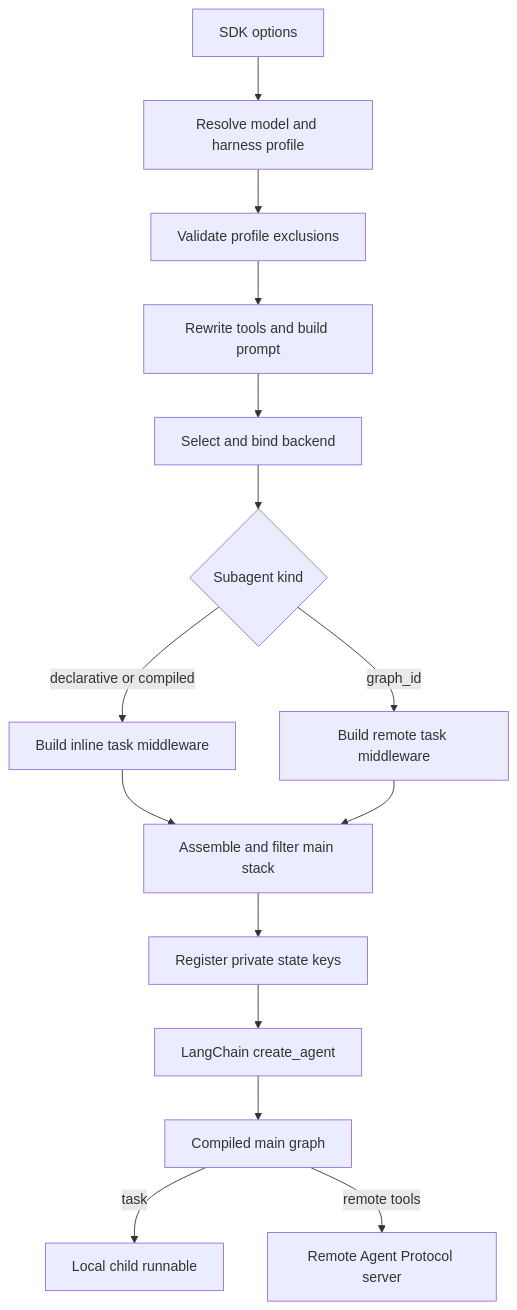
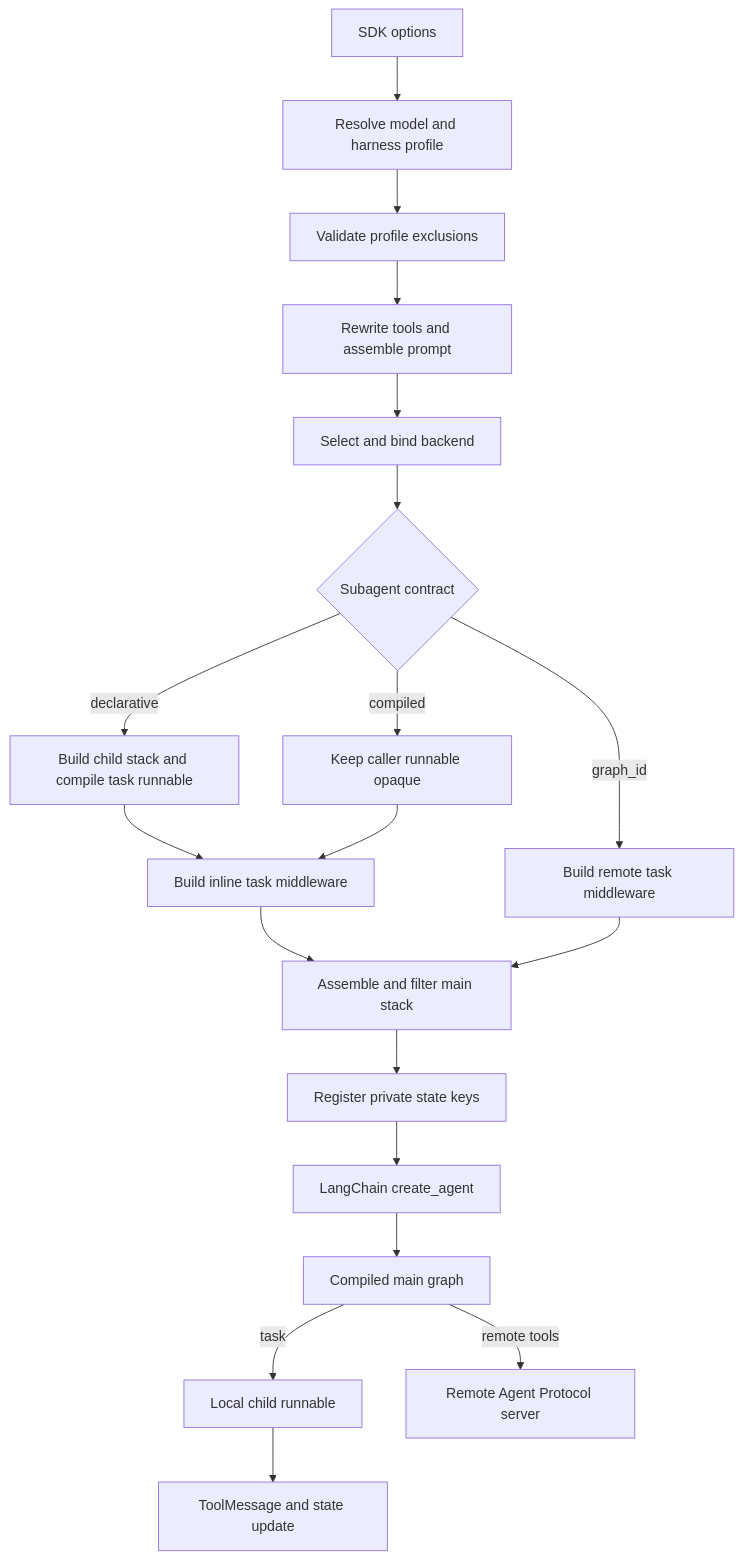
Before and after one commit to langchain-ai/deepagents: the diagram in openwiki/architecture/sdk-construction-execution.md, drawn with Mermaid. The commit also changed other lines of this file and 30 other files, not shown here.

````diff
--- a/openwiki/architecture/sdk-construction-execution.md
+++ b/openwiki/architecture/sdk-construction-execution.md
@@ -41,17 +43,21 @@
 ```mermaid
 flowchart TD
     Input["SDK options"] --> Resolve["Resolve model and harness profile"]
     Resolve --> Validate["Validate profile exclusions"]
-    Validate --> Prepare["Rewrite tools and build prompt"]
+    Validate --> Prepare["Rewrite tools and assemble prompt"]
     Prepare --> Backend["Select and bind backend"]
-    Backend --> Split{"Subagent kind"}
-    Split -->|"declarative or compiled"| Inline["Build inline task middleware"]
+    Backend --> Split{"Subagent contract"}
+    Split -->|"declarative"| Declarative["Build child stack and compile task runnable"]
+    Split -->|"compiled"| Compiled["Keep caller runnable opaque"]
     Split -->|"graph_id"| Remote["Build remote task middleware"]
+    Declarative --> Inline["Build inline task middleware"]
+    Compiled --> Inline
     Inline --> Stack["Assemble and filter main stack"]
     Remote --> Stack
     Stack --> Private["Register private state keys"]
     Private --> Compile["LangChain create_agent"]
     Compile --> Main["Compiled main graph"]
-    Main -->|"task"| Child["Local child runnable"]
+    Main -->|"task"| Local["Local child runnable"]
+    Local --> Result["ToolMessage and state update"]
     Main -->|"remote tools"| Server["Remote Agent Protocol server"]
 ```
````
